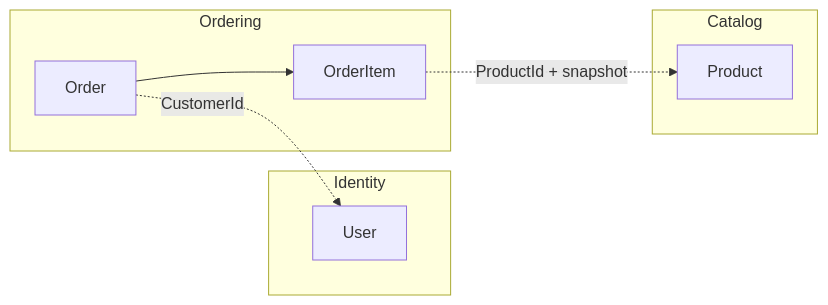
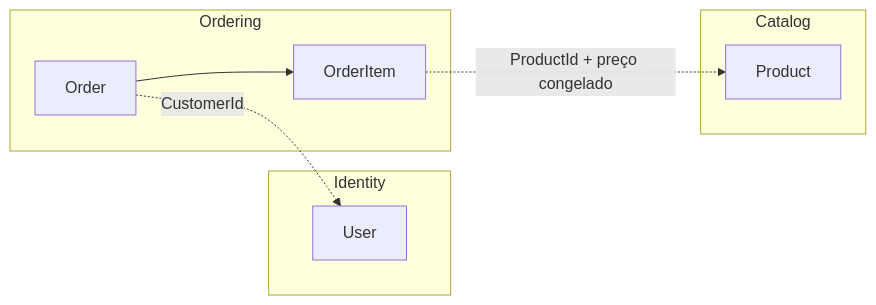
Before and after one commit to barbarapac/order-flow-api: the diagram in docs/domain-model.md, drawn with Mermaid. The commit also changed other lines of this file and 21 other files, not shown here.

````diff
--- a/docs/domain-model.md
+++ b/docs/domain-model.md
@@ -17,15 +7,15 @@
 ```mermaid
 flowchart LR
     subgraph Identity
         User
     end
     subgraph Catalog
         Product
     end
     subgraph Ordering
         Order --> OrderItem
     end
 
     Order -. CustomerId .-> User
-    OrderItem -. ProductId + snapshot .-> Product
+    OrderItem -. ProductId + preço congelado .-> Product
 ```
````
